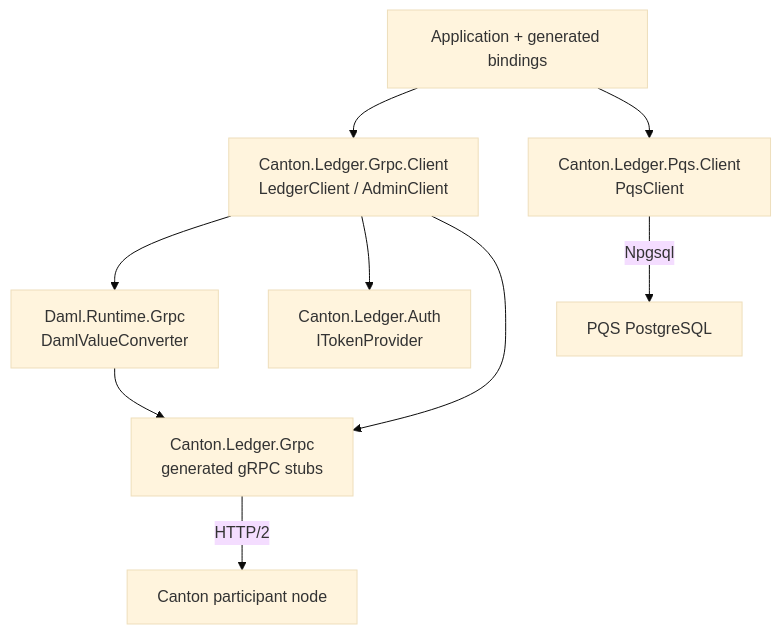
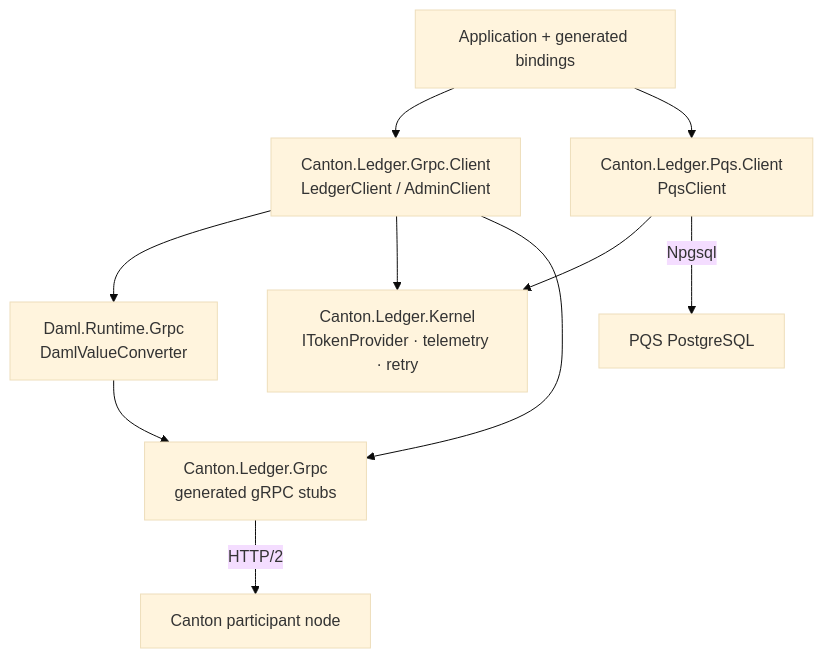
Before and after one commit to peacefulstudio/canton-ledger-api-csharp: the third of 4 diagrams in docs/public/architecture-overview.md, drawn with Mermaid (base theme). The commit also changed other lines of this file and 143 other files, not shown here.

````diff
--- a/docs/public/architecture-overview.md
+++ b/docs/public/architecture-overview.md
@@ -97,11 +97,12 @@
 ```mermaid
 flowchart TD
     APP["Application + generated bindings"] --> CLIENT["Canton.Ledger.Grpc.Client\nLedgerClient / AdminClient"]
     APP --> PQSC["Canton.Ledger.Pqs.Client\nPqsClient"]
     CLIENT --> BRIDGE["Daml.Runtime.Grpc\nDamlValueConverter"]
-    CLIENT --> AUTH["Canton.Ledger.Auth\nITokenProvider"]
+    CLIENT --> KERNEL["Canton.Ledger.Kernel\nITokenProvider · telemetry · retry"]
+    PQSC --> KERNEL
     CLIENT --> STUBS["Canton.Ledger.Grpc\ngenerated gRPC stubs"]
     BRIDGE --> STUBS
     STUBS -- "HTTP/2" --> NODE["Canton participant node"]
     PQSC -- "Npgsql" --> PG["PQS PostgreSQL"]
 ```
````
